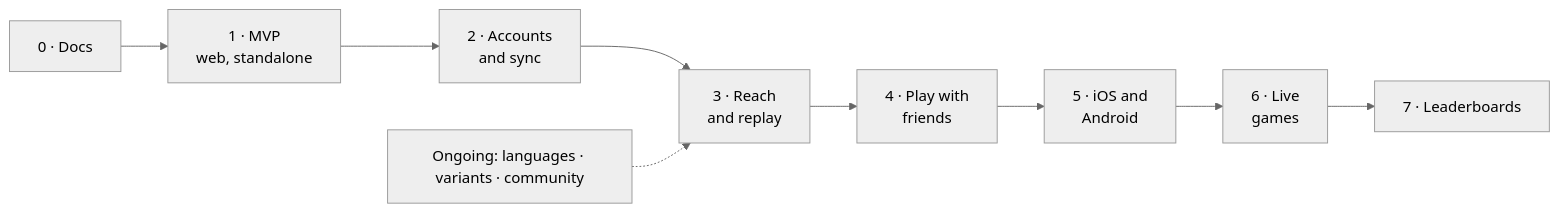
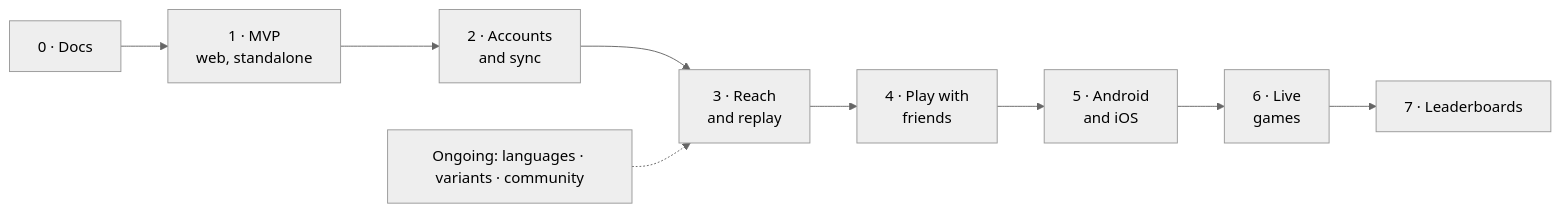
One commit to Alfredo-Moreira/Ouril changed the diagram in docs/product/roadmap.md. Above: the diagram before and after it, drawn with Mermaid (neutral theme). The commit also changed other lines of this file and 83 other files, not shown here.

````diff
--- a/docs/product/roadmap.md
+++ b/docs/product/roadmap.md
@@ -7,11 +7,11 @@
 ```mermaid
 flowchart LR
   P0[0 · Docs] --> P1[1 · MVP<br/>web, standalone]
   P1 --> P2[2 · Accounts<br/>and sync]
   P2 --> P3[3 · Reach<br/>and replay]
   P3 --> P4[4 · Play with<br/>friends]
-  P4 --> P5[5 · iOS and<br/>Android]
+  P4 --> P5[5 · Android<br/>and iOS]
   P5 --> P6[6 · Live<br/>games]
   P6 --> P7[7 · Leaderboards]
   ON[Ongoing: languages · variants · community] -.-> P3
 ```
````
